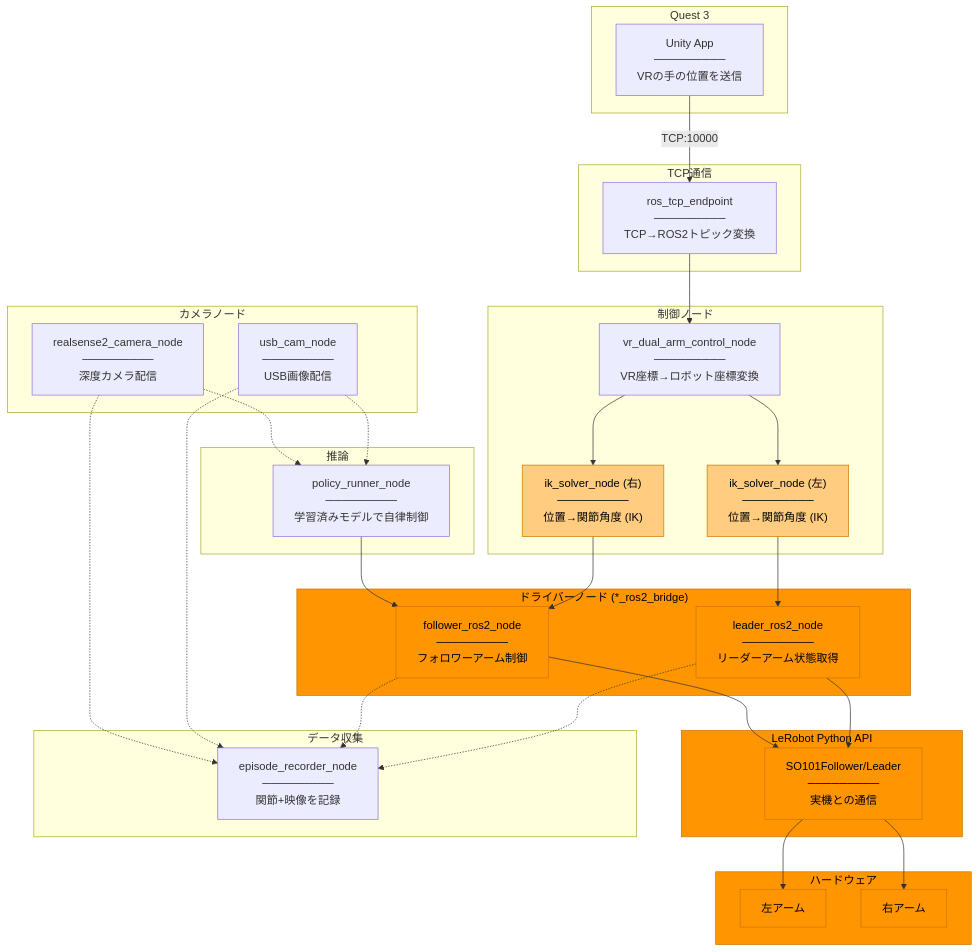
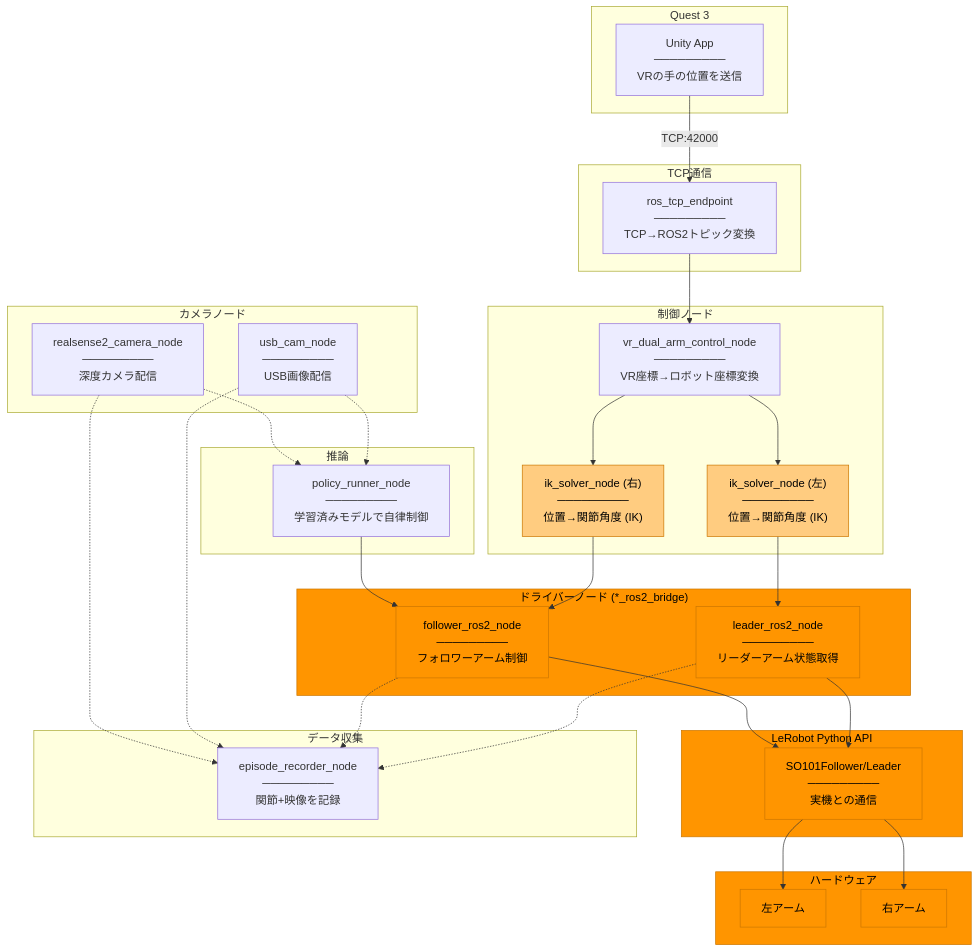
One commit to takatronix/vlabor_ros2 changed the eighth of 8 diagrams in docs/調整中/technical_details.md. Above: the diagram before and after it, drawn with Mermaid. The commit also changed other lines of this file and 14 other files, not shown here.

````diff
--- a/docs/調整中/technical_details.md
+++ b/docs/調整中/technical_details.md
@@ -381,74 +381,74 @@
 ```mermaid
 flowchart TB
     subgraph Quest3["Quest 3"]
         Unity["Unity App<br/>─────────<br/>VRの手の位置を送信"]
     end
 
     subgraph TCP["TCP通信"]
         Endpoint["ros_tcp_endpoint<br/>─────────<br/>TCP→ROS2トピック変換"]
     end
 
     subgraph Control["制御ノード"]
         VRCtrl["vr_dual_arm_control_node<br/>─────────<br/>VR座標→ロボット座標変換"]
         IKL["ik_solver_node (左)<br/>─────────<br/>位置→関節角度 (IK)"]
         IKR["ik_solver_node (右)<br/>─────────<br/>位置→関節角度 (IK)"]
     end
 
     subgraph Driver["ドライバーノード (*_ros2_bridge)"]
         Leader["leader_ros2_node<br/>─────────<br/>リーダーアーム状態取得"]
         Follower["follower_ros2_node<br/>─────────<br/>フォロワーアーム制御"]
     end
 
     subgraph LeRobotLayer["LeRobot Python API"]
         LeRobotAPI["SO101Follower/Leader<br/>─────────<br/>実機との通信"]
     end
 
     subgraph Camera["カメラノード"]
         USBCam["usb_cam_node<br/>─────────<br/>USB画像配信"]
         RSCam["realsense2_camera_node<br/>─────────<br/>深度カメラ配信"]
     end
 
     subgraph Data["データ収集"]
         Recorder["episode_recorder_node<br/>─────────<br/>関節+映像を記録"]
     end
 
     subgraph Inference["推論"]
         Runner["policy_runner_node<br/>─────────<br/>学習済みモデルで自律制御"]
     end
 
     subgraph Robot["ハードウェア"]
         LeftArm["左アーム"]
         RightArm["右アーム"]
     end
 
-    Unity -->|TCP:10000| Endpoint
+    Unity -->|TCP:42000| Endpoint
     Endpoint --> VRCtrl
     VRCtrl --> IKL
     VRCtrl --> IKR
     IKL --> Leader
     IKR --> Follower
     Leader --> LeRobotAPI
     Follower --> LeRobotAPI
     LeRobotAPI --> LeftArm
     LeRobotAPI --> RightArm
 
     Leader -.-> Recorder
     Follower -.-> Recorder
     USBCam -.-> Recorder
     RSCam -.-> Recorder
 
     USBCam -.-> Runner
     RSCam -.-> Runner
     Runner --> Follower
 
     style Driver fill:#ff9500,stroke:#cc7700,color:#000
     style Leader fill:#ff9500,stroke:#cc7700,color:#000
     style Follower fill:#ff9500,stroke:#cc7700,color:#000
     style LeRobotLayer fill:#ff9500,stroke:#cc7700,color:#000
     style LeRobotAPI fill:#ff9500,stroke:#cc7700,color:#000
     style Robot fill:#ff9500,stroke:#cc7700,color:#000
     style LeftArm fill:#ff9500,stroke:#cc7700,color:#000
     style RightArm fill:#ff9500,stroke:#cc7700,color:#000
     style IKL fill:#ffcc80,stroke:#cc7700,color:#000
     style IKR fill:#ffcc80,stroke:#cc7700,color:#000
 ```
````
